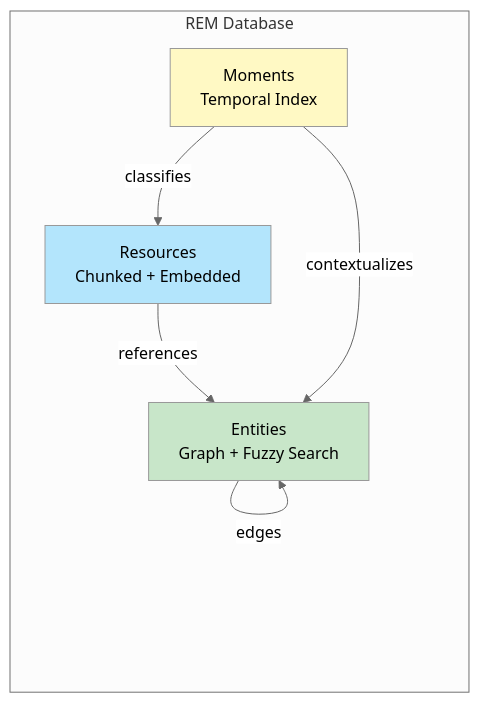
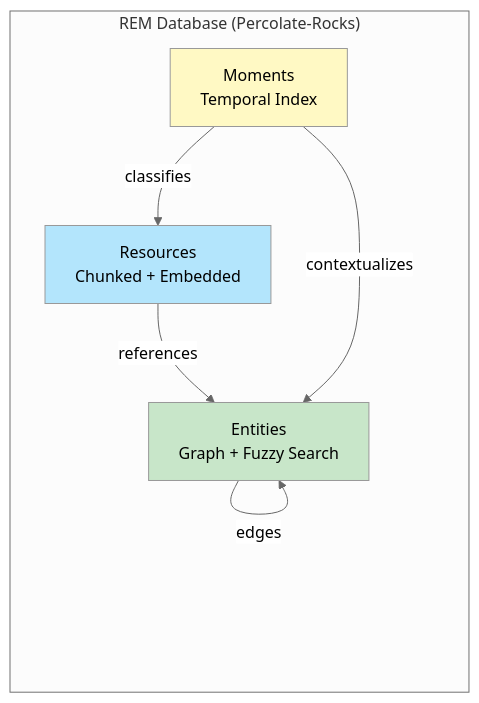
Before and after one commit to percolating-sirsh/percolate-node: the fifth of 7 diagrams in Readme.md, drawn with Mermaid (neutral theme). The commit also changed other lines of this file and 393 other files, not shown here.

````diff
--- a/Readme.md
+++ b/Readme.md
@@ -91,17 +298,17 @@
 ```mermaid
 graph LR
-    subgraph "REM Database"
+    subgraph "REM Database (Percolate-Rocks)"
         R[Resources<br/>Chunked + Embedded]
         E[Entities<br/>Graph + Fuzzy Search]
         M[Moments<br/>Temporal Index]
     end
 
     R -->|references| E
     M -->|classifies| R
     M -->|contextualizes| E
     E -->|edges| E
 
     style R fill:#b3e5fc
     style E fill:#c8e6c9
     style M fill:#fff9c4
 ```
````
